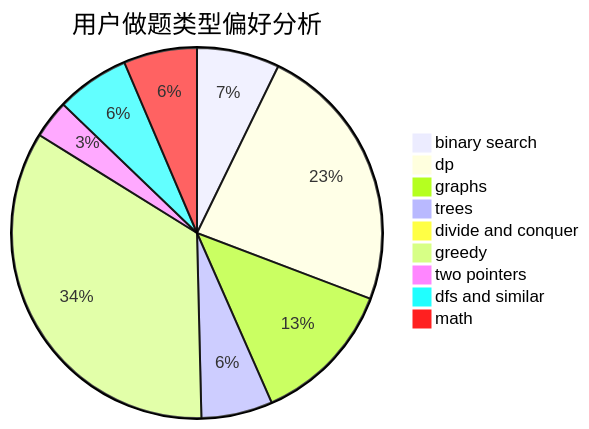
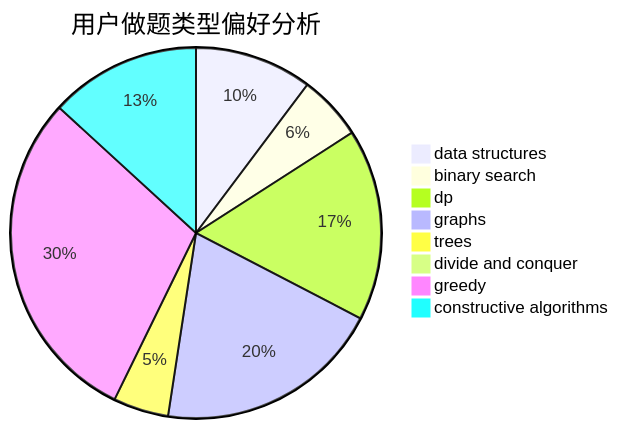
One commit to sherpahu/cfrs.github.io changed the second of 3 diagrams in docs/user/u763.md. Above: the diagram before and after it, drawn with Mermaid. The commit also changed other lines of this file and 2775 other files, not shown here.

````diff
--- a/docs/user/u763.md
+++ b/docs/user/u763.md
@@ -23,12 +23,11 @@
 ```mermaid
 pie title 用户做题类型偏好分析
-    "binary search" :  152
-    "dp" :  496
-    "graphs" :  266
-    "trees" :  131
-    "divide and conquer" :  9
-    "greedy" :  721
-    "two pointers" :  70
-    "dfs and similar" :  135
-    "math" :  135
+    "data structures" :  87
+    "binary search" :  48
+    "dp" :  142
+    "graphs" :  168
+    "trees" :  41
+    "divide and conquer" :  0
+    "greedy" :  251
+    "constructive algorithms" :  112
 ```
````
